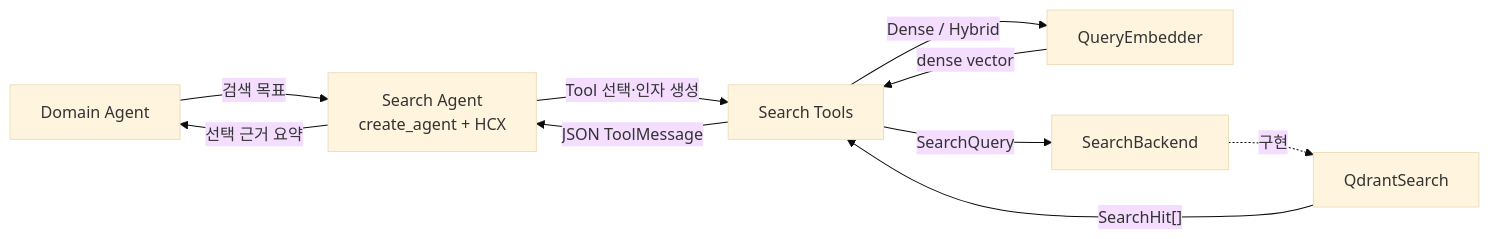
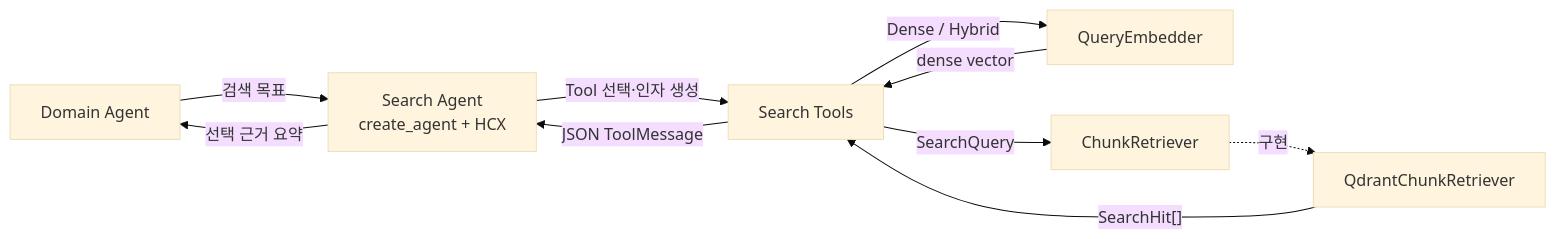
The diagram in docs/retrieval/qdrant-search-functions.md (nayeon653/-ace3), drawn with Mermaid (base theme) before and after one commit. The commit also changed other lines of this file and 2 other files, not shown here.

Commit message:
docs(agent): 모듈 구조와 Retriever 경계 문서화

````diff
--- a/docs/retrieval/qdrant-search-functions.md
+++ b/docs/retrieval/qdrant-search-functions.md
@@ -41,12 +41,12 @@
 ```mermaid
 flowchart LR
     D["Domain Agent"] -->|"검색 목표"| S["Search Agent<br/>create_agent + HCX"]
     S -->|"Tool 선택·인자 생성"| T["Search Tools"]
     T -->|"Dense / Hybrid"| E["QueryEmbedder"]
     E -->|"dense vector"| T
-    T -->|"SearchQuery"| B["SearchBackend"]
-    B -. "구현" .-> Q["QdrantSearch"]
+    T -->|"SearchQuery"| B["ChunkRetriever"]
+    B -. "구현" .-> Q["QdrantChunkRetriever"]
     Q -->|"SearchHit[]"| T
     T -->|"JSON ToolMessage"| S
     S -->|"선택 근거 요약"| D
 ```
````
